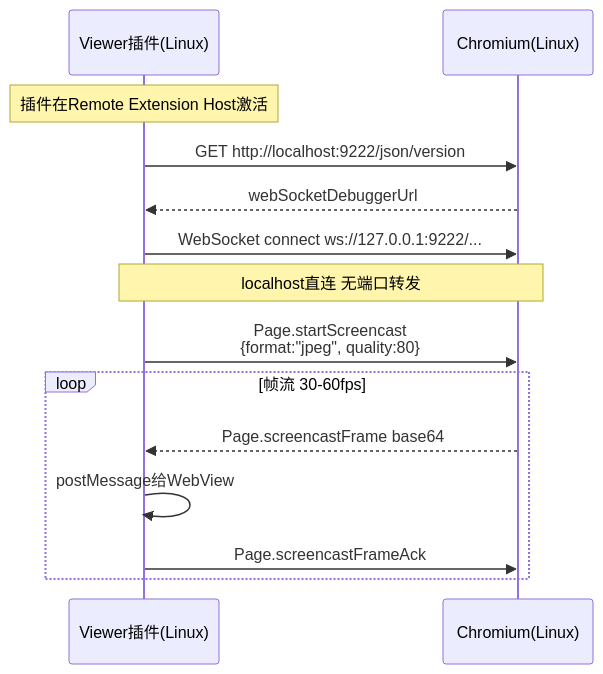
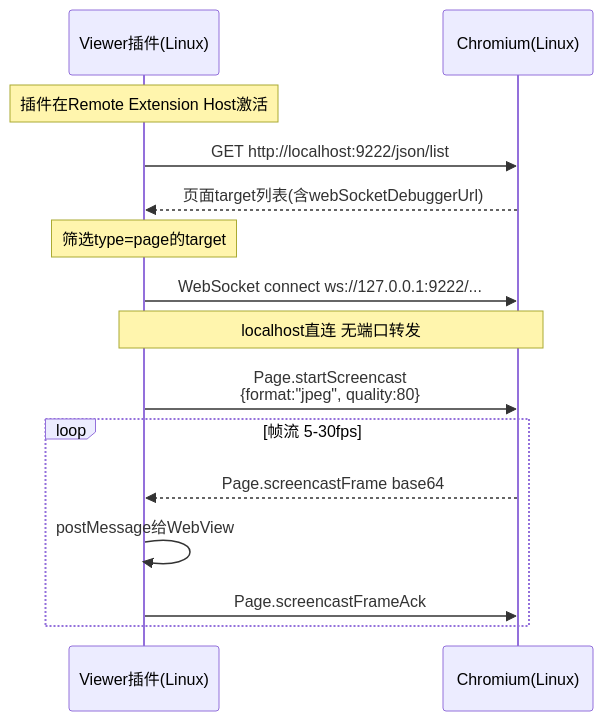
One commit to scutshuxue/ai-coding-research changed the ninth of 21 diagrams in dev_notes/remote-browser-viewer-guide.md. Above: the diagram before and after it, drawn with Mermaid. The commit also changed other lines of this file, not shown here.

First line of the commit message:
Fix 10 architecture issues in remote browser viewer guide

````diff
--- a/dev_notes/remote-browser-viewer-guide.md
+++ b/dev_notes/remote-browser-viewer-guide.md
@@ -349,21 +351,22 @@
 ```mermaid
 sequenceDiagram
     participant EXT as Viewer插件(Linux)
     participant CDP as Chromium(Linux)
 
     Note over EXT: 插件在Remote Extension Host激活
 
-    EXT->>CDP: GET http://localhost:9222/json/version
-    CDP-->>EXT: webSocketDebuggerUrl
+    EXT->>CDP: GET http://localhost:9222/json/list
+    CDP-->>EXT: 页面target列表(含webSocketDebuggerUrl)
+    Note over EXT: 筛选type=page的target
 
     EXT->>CDP: WebSocket connect ws://127.0.0.1:9222/...
     Note over EXT,CDP: localhost直连 无端口转发
 
     EXT->>CDP: Page.startScreencast<br/>{format:"jpeg", quality:80}
 
-    loop 帧流 30-60fps
+    loop 帧流 5-30fps
         CDP-->>EXT: Page.screencastFrame base64
         EXT->>EXT: postMessage给WebView
         EXT->>CDP: Page.screencastFrameAck
     end
 ```
````
